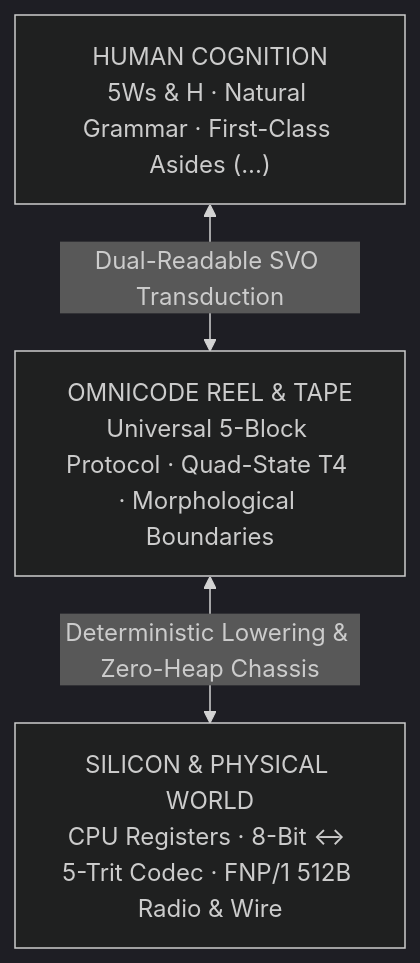
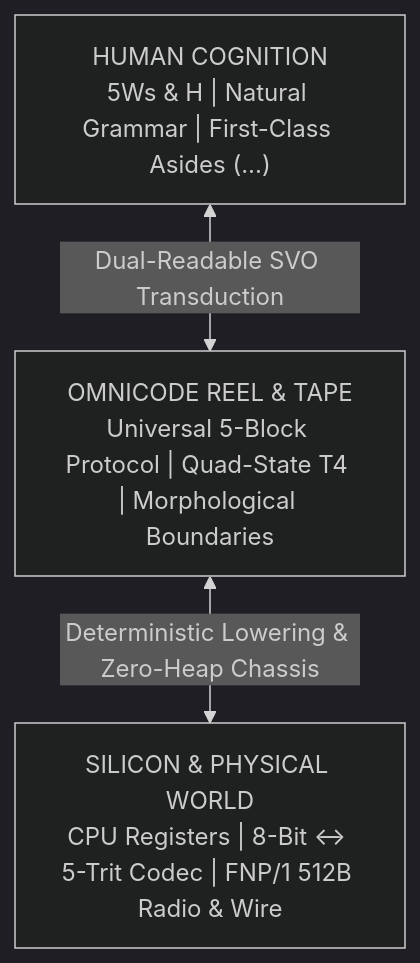
One commit to Novaking34/OmniCode_Framework changed the second of 3 diagrams in README.md. Above: the diagram before and after it, drawn with Mermaid (dark theme). The commit also changed other lines of this file and 46 other files, not shown here.

````diff
--- a/README.md
+++ b/README.md
@@ -153,9 +154,9 @@
 ```mermaid
 graph TD
-    H["HUMAN COGNITION<br/>5Ws & H · Natural Grammar · First-Class Asides (...)"]
-    M["OMNICODE REEL & TAPE<br/>Universal 5-Block Protocol · Quad-State T4 · Morphological Boundaries"]
-    S["SILICON & PHYSICAL WORLD<br/>CPU Registers · 8-Bit ↔ 5-Trit Codec · FNP/1 512B Radio & Wire"]
+    H["HUMAN COGNITION<br/>5Ws & H | Natural Grammar | First-Class Asides (...)"]
+    M["OMNICODE REEL & TAPE<br/>Universal 5-Block Protocol | Quad-State T4 | Morphological Boundaries"]
+    S["SILICON & PHYSICAL WORLD<br/>CPU Registers | 8-Bit <-> 5-Trit Codec | FNP/1 512B Radio & Wire"]
 
     H <-->|"Dual-Readable SVO Transduction"| M
     M <-->|"Deterministic Lowering & Zero-Heap Chassis"| S
 ```
````
